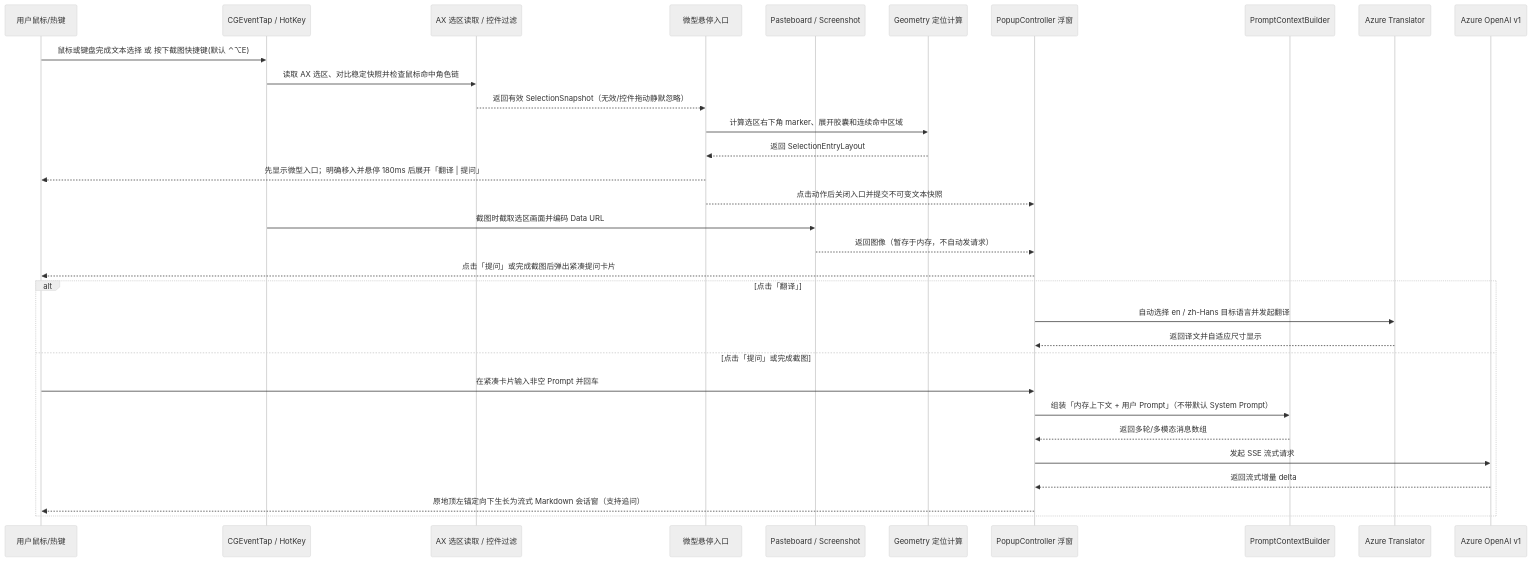
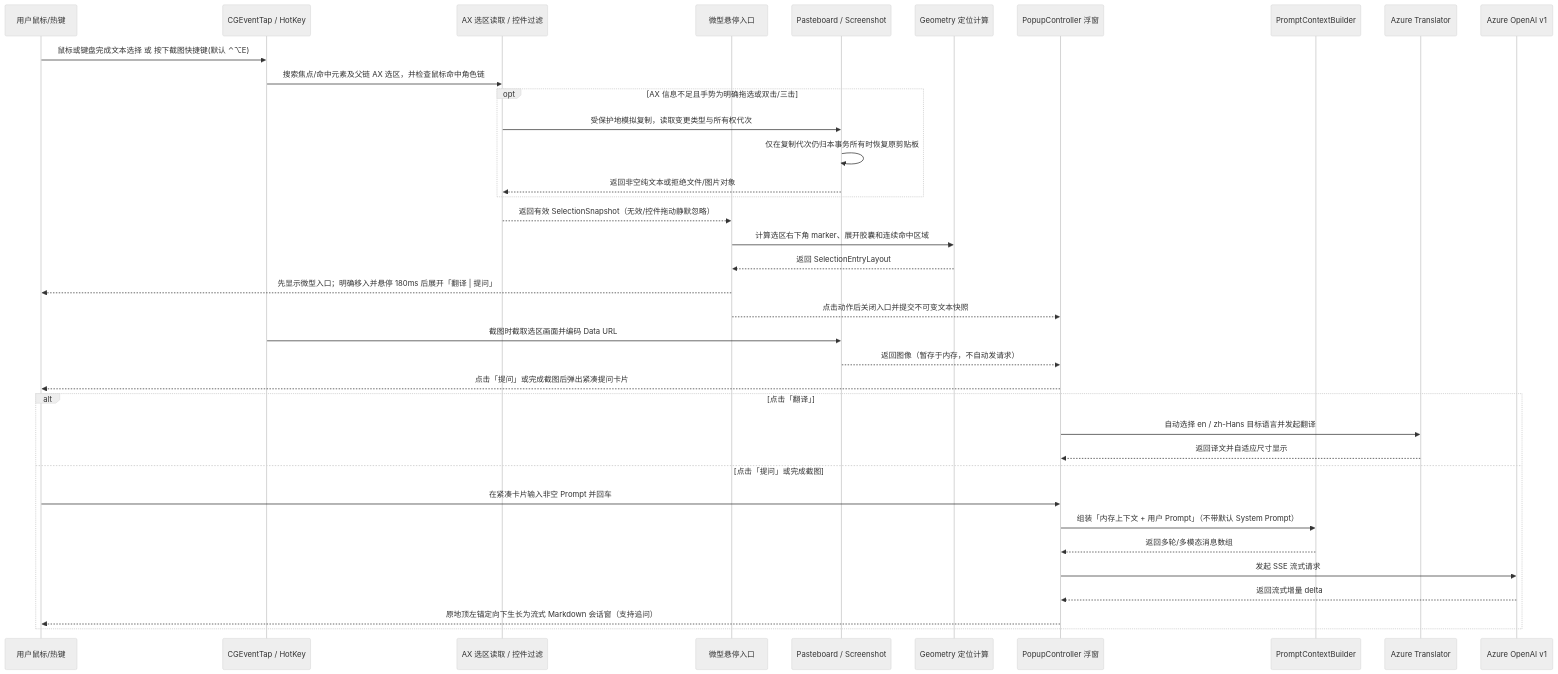
The second of 2 diagrams in docs/architecture/overview.md (Sofiawuh/Glint), drawn with Mermaid (neutral theme) before and after one commit. The commit also changed other lines of this file and 12 other files, not shown here.

````diff
--- a/docs/architecture/overview.md
+++ b/docs/architecture/overview.md
@@ -44,35 +44,40 @@
 ```mermaid
 sequenceDiagram
     participant User as 用户鼠标/热键
     participant Tap as CGEventTap / HotKey
     participant Selection as AX 选区读取 / 控件过滤
     participant Entry as 微型悬停入口
     participant Extractor as Pasteboard / Screenshot
     participant Geo as Geometry 定位计算
     participant Popup as PopupController 浮窗
     participant Builder as PromptContextBuilder
     participant Translator as Azure Translator
     participant GPT as Azure OpenAI v1
 
     User->>Tap: 鼠标或键盘完成文本选择 或 按下截图快捷键(默认 ⌃⌥E)
-    Tap->>Selection: 读取 AX 选区、对比稳定快照并检查鼠标命中角色链
+    Tap->>Selection: 搜索焦点/命中元素及父链 AX 选区，并检查鼠标命中角色链
+    opt AX 信息不足且手势为明确拖选或双击/三击
+        Selection->>Extractor: 受保护地模拟复制，读取变更类型与所有权代次
+        Extractor->>Extractor: 仅在复制代次仍归本事务所有时恢复原剪贴板
+        Extractor-->>Selection: 返回非空纯文本或拒绝文件/图片对象
+    end
     Selection-->>Entry: 返回有效 SelectionSnapshot（无效/控件拖动静默忽略）
     Entry->>Geo: 计算选区右下角 marker、展开胶囊和连续命中区域
     Geo-->>Entry: 返回 SelectionEntryLayout
     Entry-->>User: 先显示微型入口；明确移入并悬停 180ms 后展开「翻译 | 提问」
     Entry-->>Popup: 点击动作后关闭入口并提交不可变文本快照
     Tap->>Extractor: 截图时截取选区画面并编码 Data URL
     Extractor-->>Popup: 返回图像（暂存于内存，不自动发请求）
     Popup-->>User: 点击「提问」或完成截图后弹出紧凑提问卡片
     alt 点击「翻译」
         Popup->>Translator: 自动选择 en / zh-Hans 目标语言并发起翻译
         Translator-->>Popup: 返回译文并自适应尺寸显示
     else 点击「提问」或完成截图
         User->>Popup: 在紧凑卡片输入非空 Prompt 并回车
         Popup->>Builder: 组装「内存上下文 + 用户 Prompt」（不带默认 System Prompt）
         Builder-->>Popup: 返回多轮/多模态消息数组
         Popup->>GPT: 发起 SSE 流式请求
         GPT-->>Popup: 返回流式增量 delta
         Popup-->>User: 原地顶左锚定向下生长为流式 Markdown 会话窗（支持追问）
     end
 ```
````
